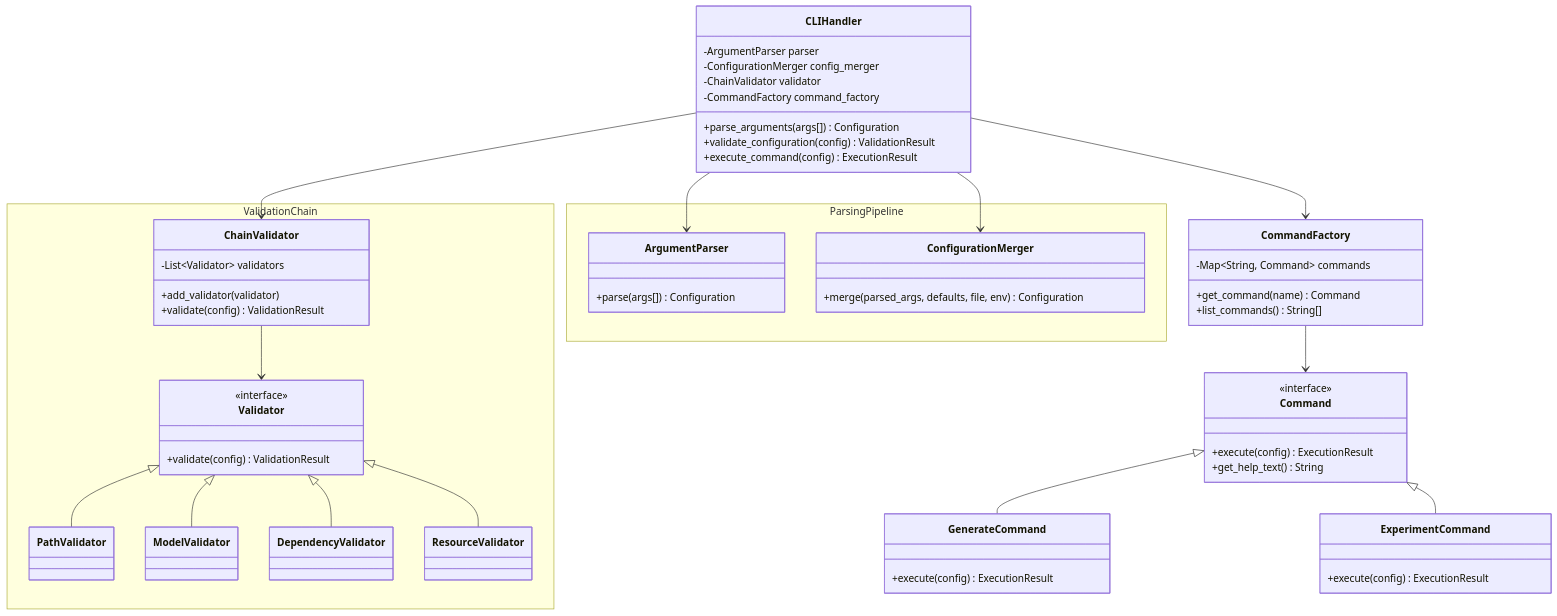
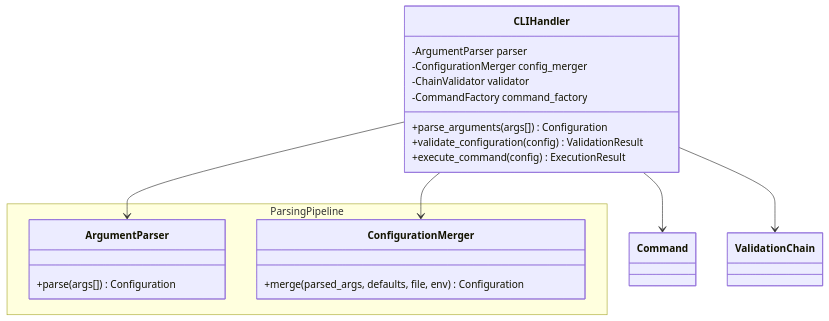
Before and after one commit to FilippoGurioli/test-2-code-llm: the second of 5 diagrams in docs/design.md, drawn with Mermaid. The commit also changed 2 other files, not shown here.

Commit message:
docs: improve class diagram for cli handler

````diff
--- a/docs/design.md
+++ b/docs/design.md
@@ -55,73 +55,27 @@
 ```mermaid
 classDiagram
     class CLIHandler {
         -ArgumentParser parser
         -ConfigurationMerger config_merger
         -ChainValidator validator
         -CommandFactory command_factory
         +parse_arguments(args[]) Configuration
         +validate_configuration(config) ValidationResult
         +execute_command(config) ExecutionResult
     }
     
-    class CommandFactory {
-        -Map~String, Command~ commands
-        +get_command(name) Command
-        +list_commands() String[]
-    }
-    
-    class Command {
-        <<interface>>
-        +execute(config) ExecutionResult
-        +get_help_text() String
-    }
-    
-    class GenerateCommand {
-        +execute(config) ExecutionResult
-    }
-    
-    class ExperimentCommand {
-        +execute(config) ExecutionResult
-    }
-    
-    namespace ValidationChain {
-        class ChainValidator {
-            -List~Validator~ validators
-            +add_validator(validator)
-            +validate(config) ValidationResult
-        }
-
-        class Validator {
-            <<interface>>
-            +validate(config) ValidationResult
-        }
-
-        class PathValidator {}
-        class ModelValidator {}
-        class DependencyValidator {}
-        class ResourceValidator {}
-    }
-
     namespace ParsingPipeline {
         class ArgumentParser {
             +parse(args[]) Configuration
         }
 
         class ConfigurationMerger {
             +merge(parsed_args, defaults, file, env) Configuration
         }
     }
     
-    CLIHandler --> CommandFactory
-    CLIHandler --> ChainValidator
+    CLIHandler --> Command
+    CLIHandler --> ValidationChain
     CLIHandler --> ArgumentParser
     CLIHandler --> ConfigurationMerger
-    CommandFactory --> Command
-    Command <|-- GenerateCommand
-    Command <|-- ExperimentCommand
-    ChainValidator --> Validator
-    Validator <|-- PathValidator
-    Validator <|-- ModelValidator
-    Validator <|-- DependencyValidator
-    Validator <|-- ResourceValidator
 ```
````
